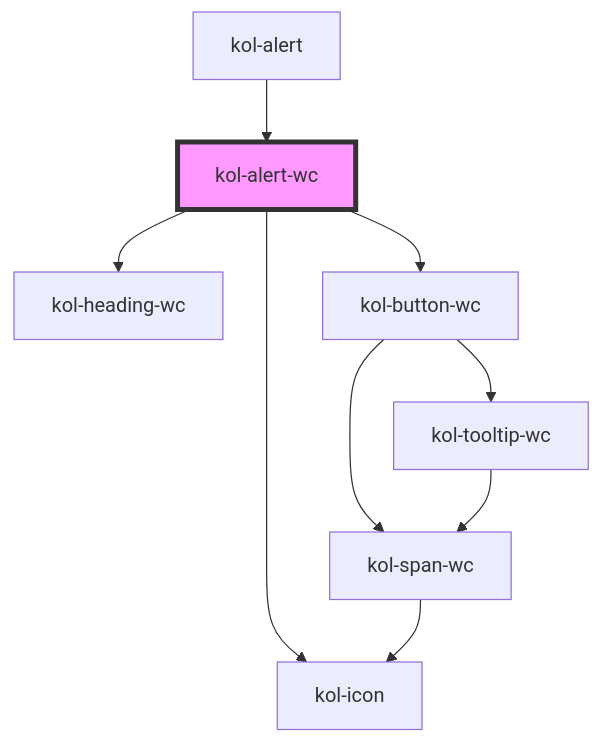
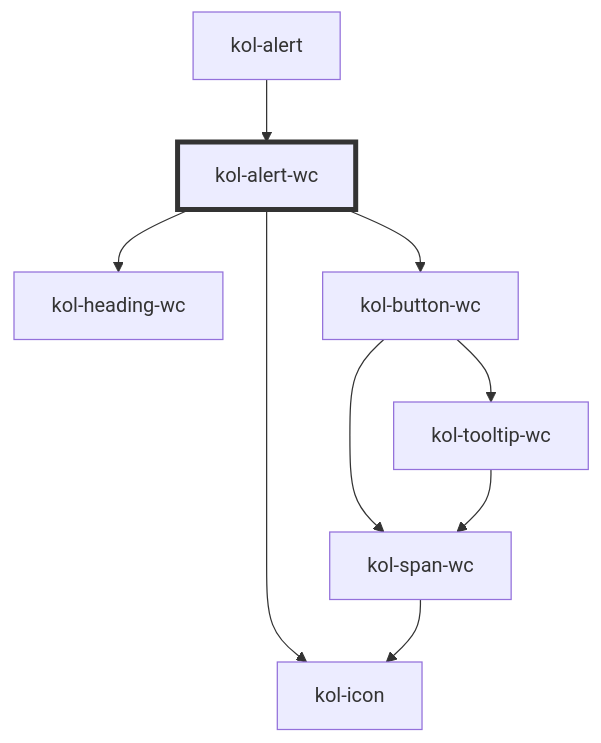
Before and after one commit to public-ui/kolibri: the diagram in packages/components/src/components/alert/readme.md, drawn with Mermaid. The commit also changed 40 other files, not shown here.

````diff
--- a/packages/components/src/components/alert/readme.md
+++ b/packages/components/src/components/alert/readme.md
@@ -112,12 +112,12 @@
 ```mermaid
 graph TD;
   kol-alert-wc --> kol-heading-wc
   kol-alert-wc --> kol-button-wc
   kol-alert-wc --> kol-icon
   kol-button-wc --> kol-span-wc
   kol-button-wc --> kol-tooltip-wc
   kol-span-wc --> kol-icon
   kol-tooltip-wc --> kol-span-wc
   kol-alert --> kol-alert-wc
-  style kol-alert-wc fill:#f9f,stroke:#333,stroke-width:4px
+  style kol-alert-wc stroke:#333,stroke-width:4px
 ```
````
